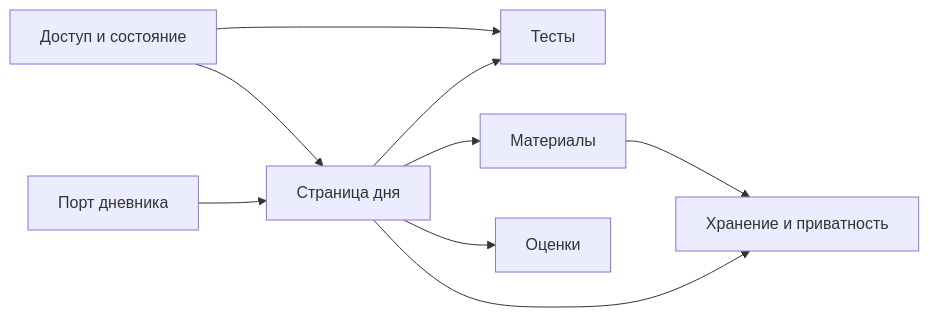
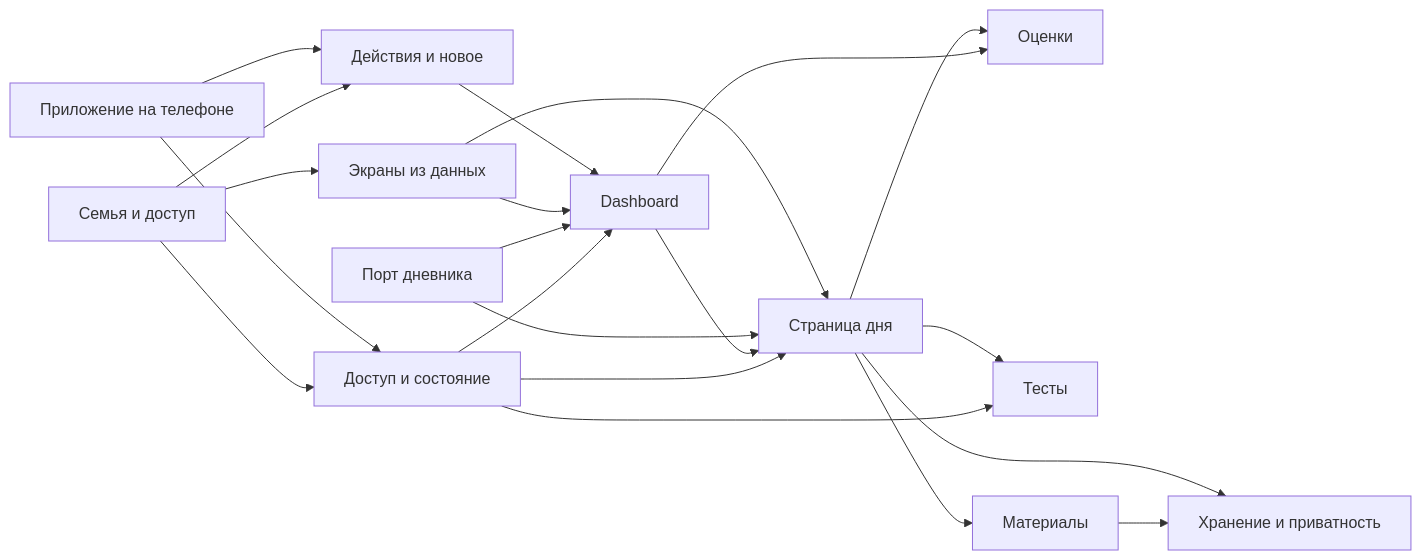
The diagram in docs/product/README.md (RubaXa/education-quizzes), drawn with Mermaid before and after one commit. The commit also changed other lines of this file and 35 other files, not shown here.

````diff
--- a/docs/product/README.md
+++ b/docs/product/README.md
@@ -5,11 +5,23 @@
 ```mermaid
 flowchart LR
   Access[Доступ и состояние] --> Day[Страница дня]
+  Access --> Dashboard[Dashboard]
+  Dashboard --> Day
+  Dashboard --> Grades[Оценки]
   Access --> Quiz[Тесты]
   Day --> Quiz
   Day --> Materials[Материалы]
   Day --> Grades[Оценки]
   Materials --> Storage[Хранение и приватность]
   Day --> Storage
   Diary[Порт дневника] --> Day
+  Diary --> Dashboard
+  Family[Семья и доступ] --> Access
+  Family --> UI[Экраны из данных]
+  Family --> Activity[Действия и новое]
+  UI --> Dashboard
+  UI --> Day
+  Activity --> Dashboard
+  PWA[Приложение на телефоне] --> Access
+  PWA --> Activity
 ```
````
